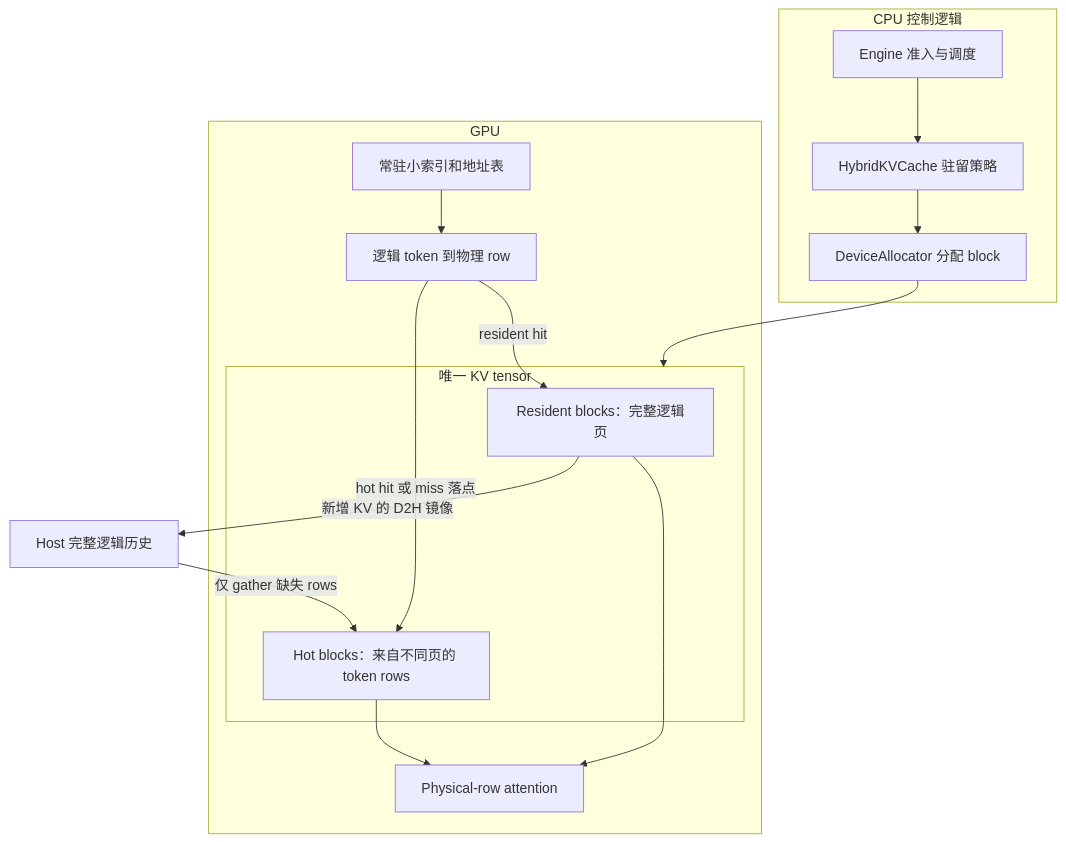
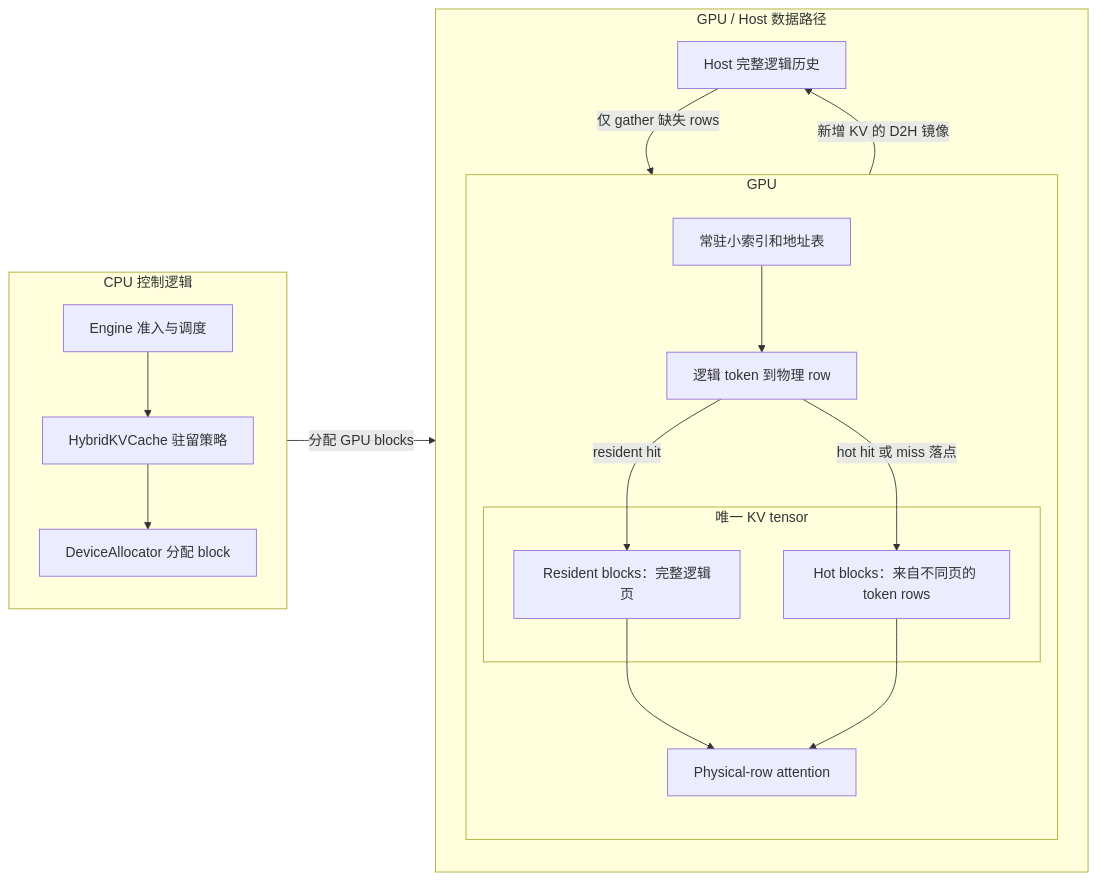
The first of 6 diagrams in docs/visual-guide.md (KiritoHugh/mini-hisparse), drawn with Mermaid before and after one commit.

Commit message:
Arrange CPU control beside the GPU data path

````diff
--- a/docs/visual-guide.md
+++ b/docs/visual-guide.md
@@ -9,21 +9,27 @@
 ```mermaid
-flowchart TB
+flowchart LR
     subgraph Control[CPU 控制逻辑]
+        direction TB
         E[Engine 准入与调度] --> C[HybridKVCache 驻留策略]
         C --> A[DeviceAllocator 分配 block]
     end
-    subgraph GPU[GPU]
-        I[常驻小索引和地址表] --> R[逻辑 token 到物理 row]
-        subgraph Slab[唯一 KV tensor]
-            P[Resident blocks：完整逻辑页]
-            H[Hot blocks：来自不同页的 token rows]
+    subgraph Data[GPU / Host 数据路径]
+        direction TB
+        subgraph GPU[GPU]
+            direction TB
+            I[常驻小索引和地址表] --> R[逻辑 token 到物理 row]
+            subgraph Slab[唯一 KV tensor]
+                P[Resident blocks：完整逻辑页]
+                H[Hot blocks：来自不同页的 token rows]
+            end
+            R -->|resident hit| P
+            R -->|hot hit 或 miss 落点| H
+            P --> AT[Physical-row attention]
+            H --> AT
         end
-        R -->|resident hit| P
-        R -->|hot hit 或 miss 落点| H
-        P --> AT[Physical-row attention]
-        H --> AT
+        P -->|新增 KV 的 D2H 镜像| Host[Host 完整逻辑历史]
+        Host -->|仅 gather 缺失 rows| H
     end
-    A --> Slab
-    P -->|新增 KV 的 D2H 镜像| Host[Host 完整逻辑历史]
-    Host -->|仅 gather 缺失 rows| H
+    %% 连接外层分组，避免跨组节点连线覆盖组内的纵向布局。
+    Control -->|分配 GPU blocks| Data
 ```
````
